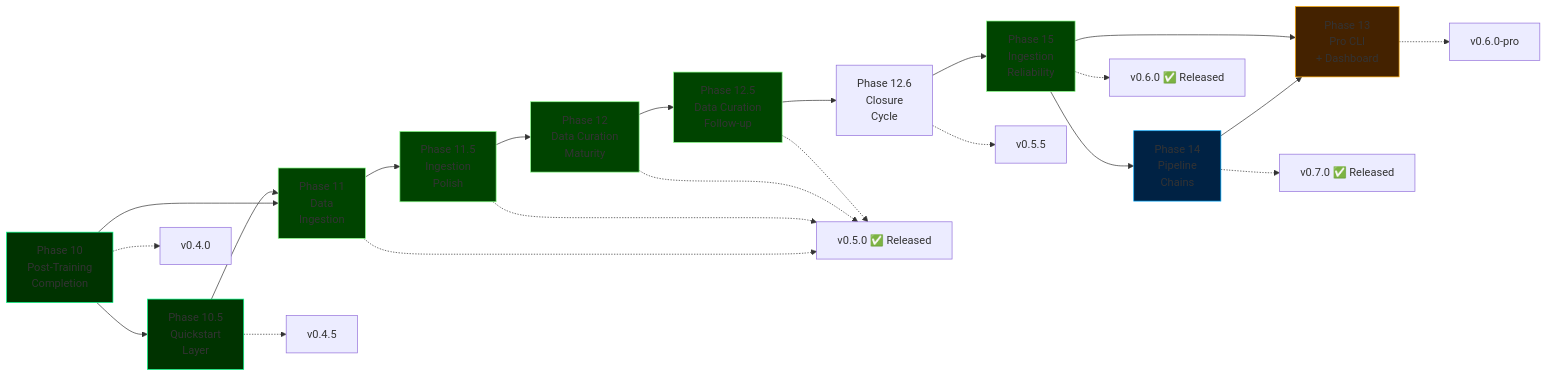
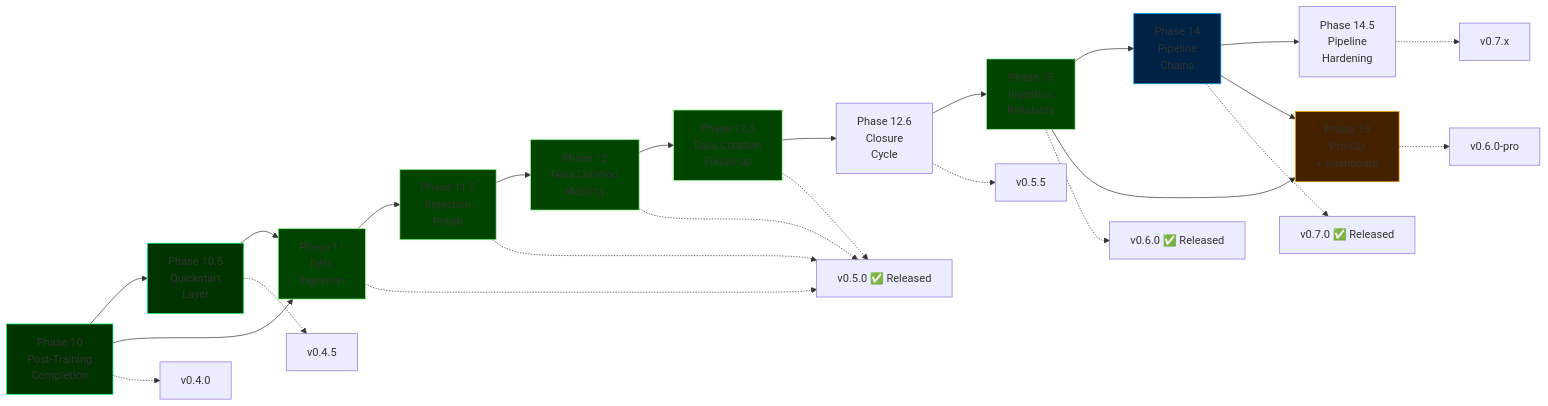
One commit to cemililik/ForgeLM changed the diagram in docs/roadmap.md. Above: the diagram before and after it, drawn with Mermaid. The commit also changed other lines of this file and 10 other files, not shown here.

First line of the commit message:
docs(roadmap): archive Phase 14 + introduce Phase 14.5 (v0.7.x hardening)

````diff
--- a/docs/roadmap.md
+++ b/docs/roadmap.md
@@ -47,35 +48,37 @@
 ```mermaid
 graph LR
     P10[Phase 10<br/>Post-Training<br/>Completion] --> P105[Phase 10.5<br/>Quickstart<br/>Layer]
     P10 --> P11[Phase 11<br/>Data<br/>Ingestion]
     P105 --> P11
     P11 --> P115[Phase 11.5<br/>Ingestion<br/>Polish]
     P115 --> P12[Phase 12<br/>Data Curation<br/>Maturity]
     P12 --> P125[Phase 12.5<br/>Data Curation<br/>Follow-up]
     P125 --> P126[Phase 12.6<br/>Closure<br/>Cycle]
     P126 --> P15[Phase 15<br/>Ingestion<br/>Reliability]
     P15 --> P14[Phase 14<br/>Pipeline<br/>Chains]
+    P14 --> P145[Phase 14.5<br/>Pipeline<br/>Hardening]
     P14 --> P13[Phase 13<br/>Pro CLI<br/>+ Dashboard]
     P15 --> P13
 
     P10 -.-> V1[v0.4.0]
     P105 -.-> V15[v0.4.5]
     P11 -.-> V2[v0.5.0 ✅ Released]
     P115 -.-> V2
     P12 -.-> V2
     P125 -.-> V2
     P126 -.-> V25[v0.5.5]
     P15 -.-> V23[v0.6.0 ✅ Released]
     P14 -.-> V27[v0.7.0 ✅ Released]
+    P145 -.-> V275[v0.7.x]
     P13 -.-> V3[v0.6.0-pro]
 
     style P10 fill:#003300,stroke:#00ff88
     style P105 fill:#003300,stroke:#00ff88
     style P11 fill:#004400,stroke:#88ff88
     style P115 fill:#004400,stroke:#88ff88
     style P12 fill:#004400,stroke:#88ff88
     style P125 fill:#004400,stroke:#88ff88
     style P15 fill:#004400,stroke:#88ff88
     style P14 fill:#002244,stroke:#00aaff
     style P13 fill:#442200,stroke:#ffaa00
 ```
````
